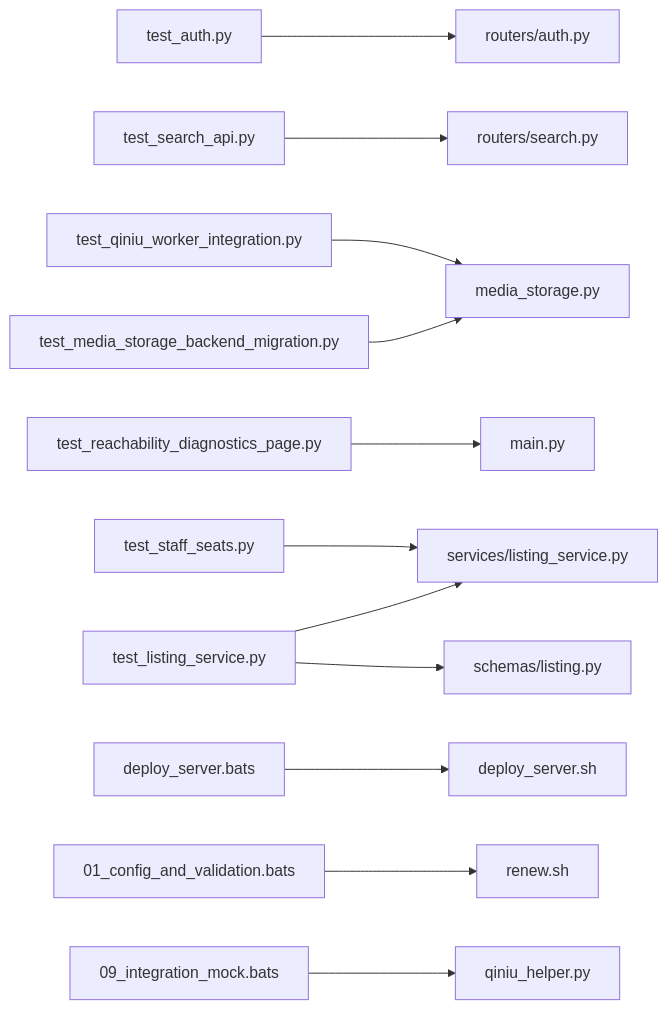
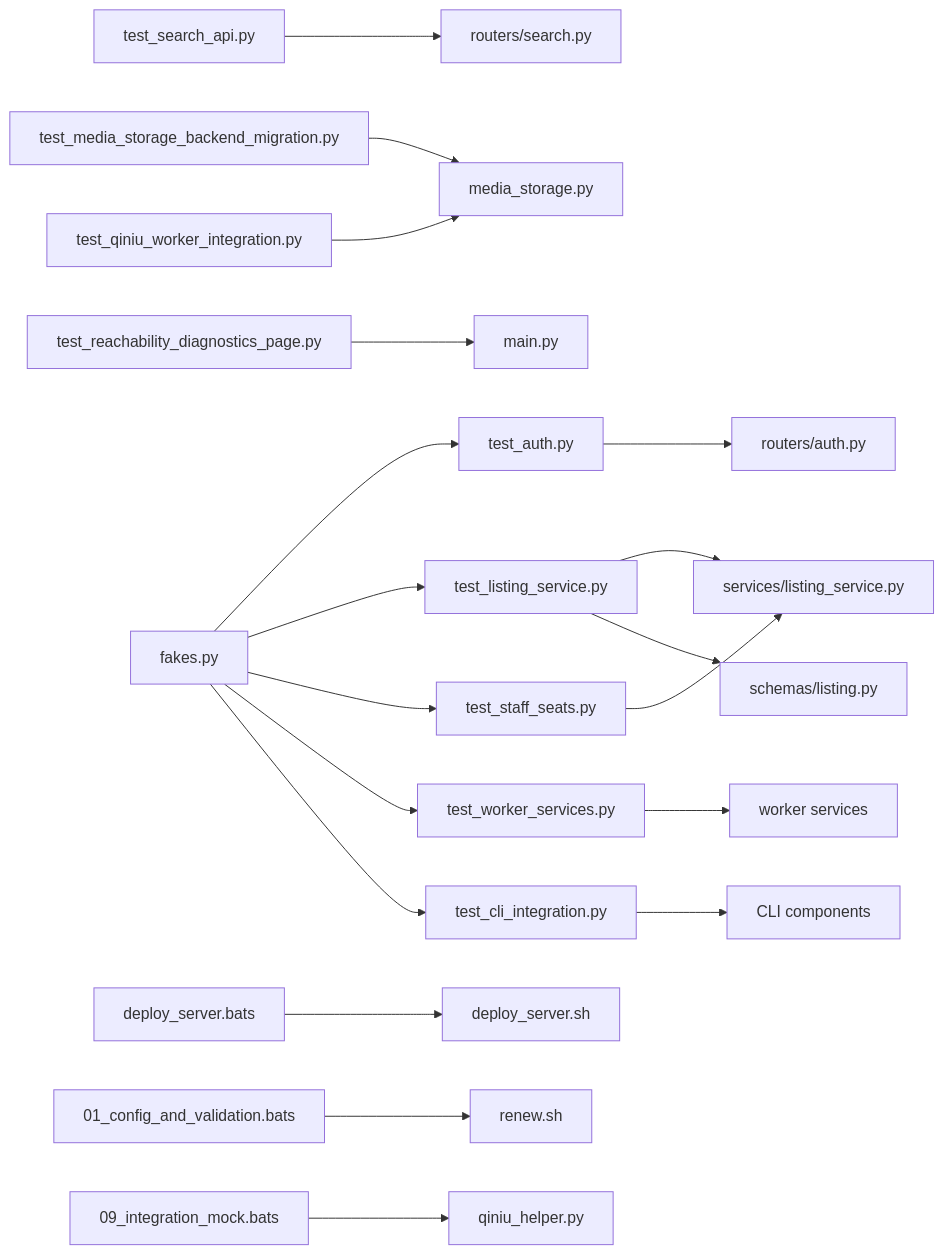
One commit to zuohaisu/wecom-archive changed diagram 14 of 14 in .qoder/repowiki/en/content/Testing & Quality Assurance/Testing & Quality Assurance.md. Above: the diagram before and after it, drawn with Mermaid. The commit also changed other lines of this file and 90 other files, not shown here.

````diff
--- a/.qoder/repowiki/en/content/Testing & Quality Assurance/Testing & Quality Assurance.md
+++ b/.qoder/repowiki/en/content/Testing & Quality Assurance/Testing & Quality Assurance.md
@@ -492,14 +613,21 @@
 ```mermaid
 graph LR
 TA["test_auth.py"] --> RA["routers/auth.py"]
 TS["test_search_api.py"] --> RS["routers/search.py"]
 TM["test_media_storage_backend_migration.py"] --> MS["media_storage.py"]
 TW["test_qiniu_worker_integration.py"] --> MS
 TD["test_reachability_diagnostics_page.py"] --> M["main.py"]
 TL["test_listing_service.py"] --> LS["services/listing_service.py"]
 TL --> SL["schemas/listing.py"]
 TS2["test_staff_seats.py"] --> LS
+TWF["test_worker_services.py"] --> WS["worker services"]
+TCI["test_cli_integration.py"] --> CLI["CLI components"]
+TF["fakes.py"] --> TA
+TF --> TL
+TF --> TS2
+TF --> TWF
+TF --> TCI
 SB["deploy_server.bats"] --> DS["deploy_server.sh"]
 SR["01_config_and_validation.bats"] --> RN["renew.sh"]
 SI["09_integration_mock.bats"] --> QH["qiniu_helper.py"]
 ```
````
